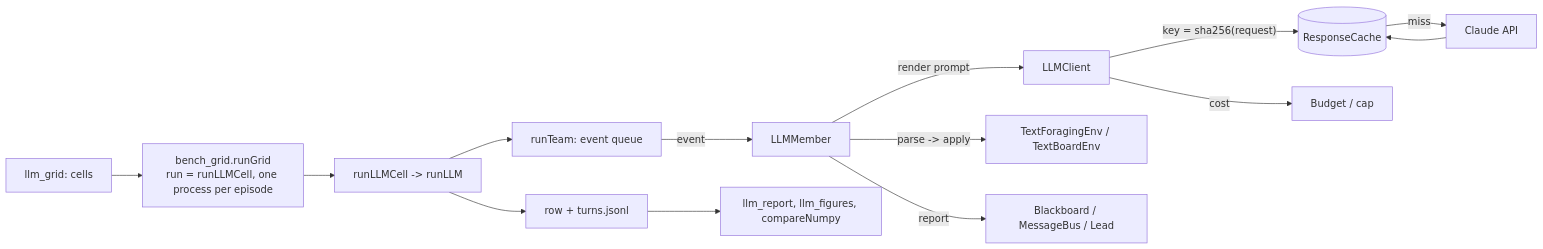
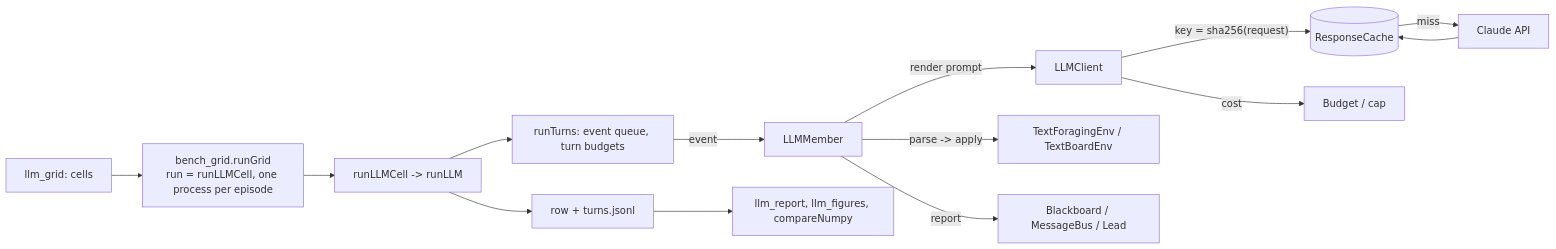
One commit to Positron00/explRL changed the diagram in specs/multiagent/phase10/design-high-level.md. Above: the diagram before and after it, drawn with Mermaid. The commit also changed other lines of this file and 18 other files, not shown here.

````diff
--- a/specs/multiagent/phase10/design-high-level.md
+++ b/specs/multiagent/phase10/design-high-level.md
@@ -27,16 +30,16 @@
 ```mermaid
 flowchart LR
   G[llm_grid: cells] --> P[bench_grid.runGrid<br/>run = runLLMCell, one process per episode]
   P --> R[runLLMCell -> runLLM]
-  R --> T[runTeam: event queue]
+  R --> T[runTurns: event queue, turn budgets]
   T -->|"event"| M[LLMMember]
   M -->|"render prompt"| C[LLMClient]
   C -->|"key = sha256(request)"| K[(ResponseCache)]
   K -->|"miss"| API[Claude API]
   API --> K
   C -->|"cost"| B[Budget / cap]
   M -->|"parse -> apply"| W[TextForagingEnv / TextBoardEnv]
   M -->|"report"| CH[Blackboard / MessageBus / Lead]
   R --> ROW[row + turns.jsonl]
   ROW --> REP[llm_report, llm_figures, compareNumpy]
 ```
````
